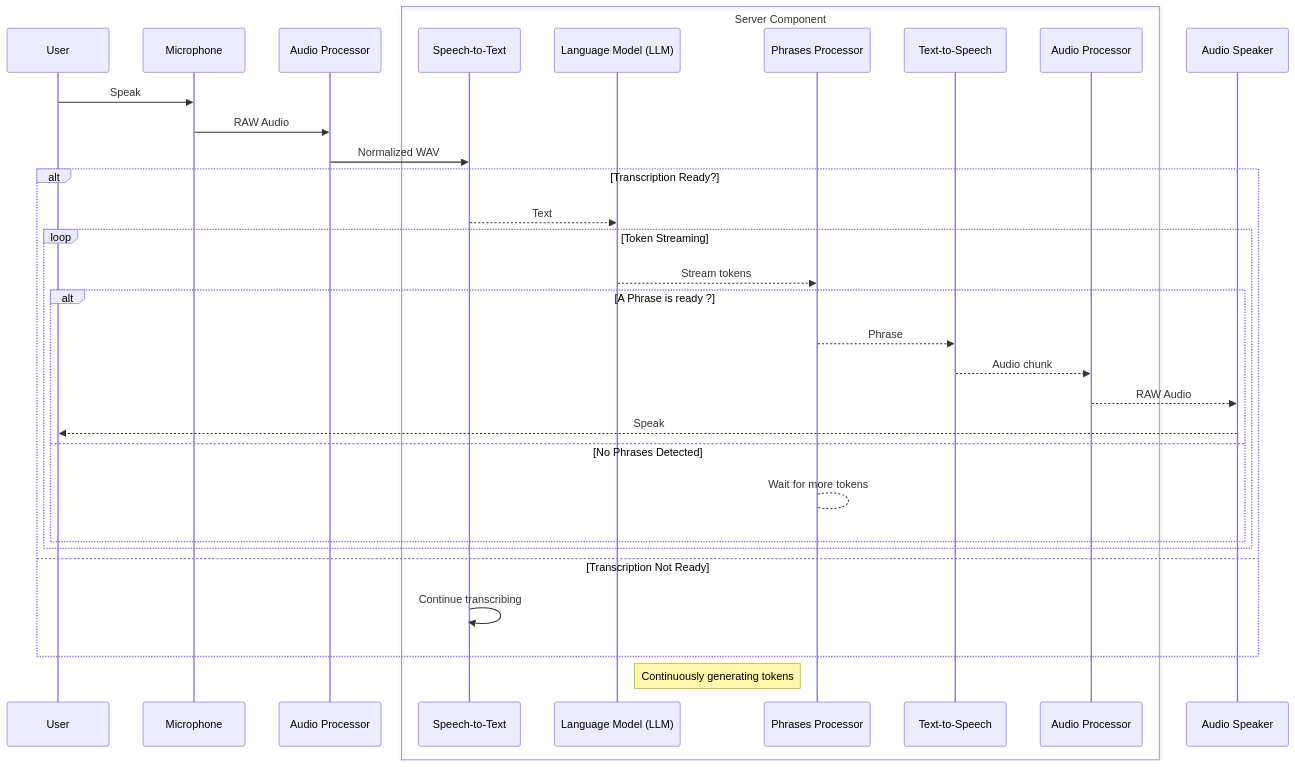
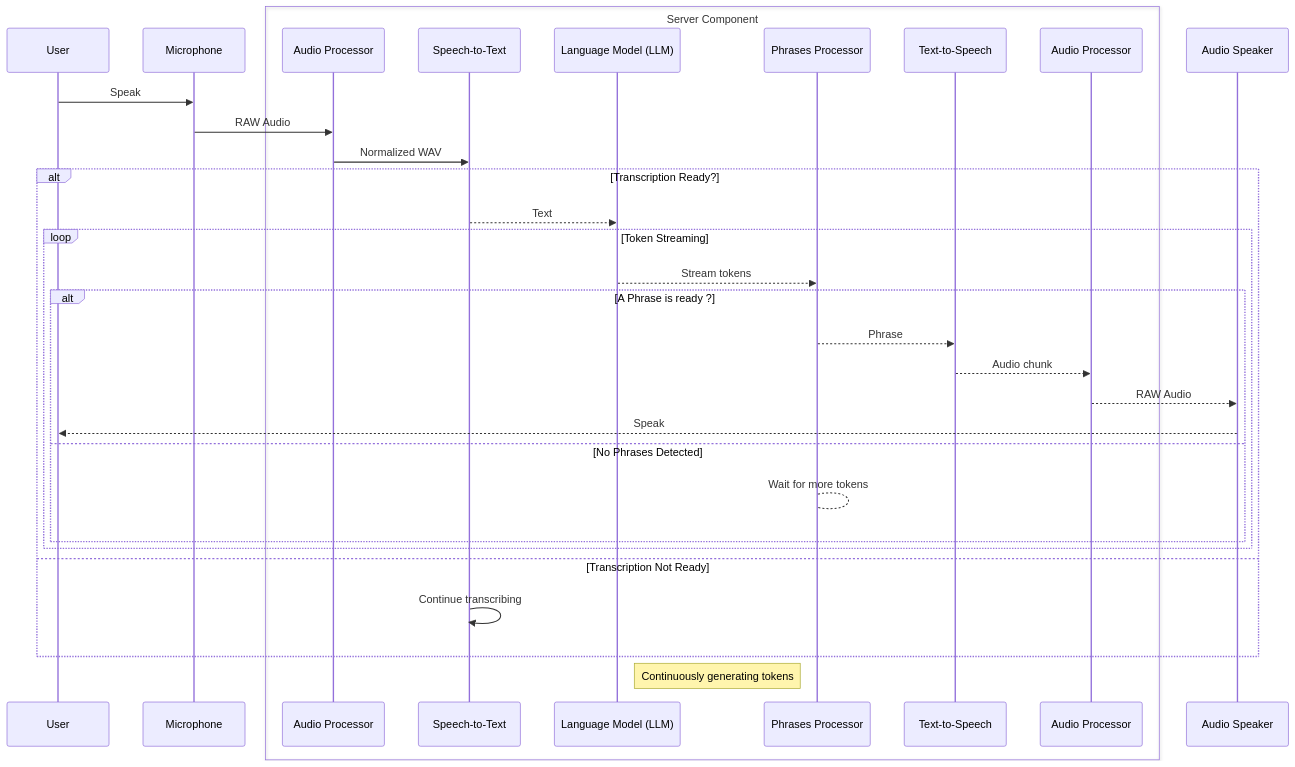
Before and after one commit to jmasclef/my-english-coach: the second of 2 diagrams in README.md, drawn with Mermaid.

Commit message:
README sequence diagram

````diff
--- a/README.md
+++ b/README.md
@@ -51,36 +51,36 @@
 ```mermaid
 sequenceDiagram
     participant User
     participant Mic as Microphone
-    participant AIP as Audio Processor
     box Transparent Server Component
+       participant AIP as Audio Processor
        participant STT as Speech-to-Text
        participant LLM as Language Model (LLM)
        participant PP as Phrases Processor
        participant TTS as Text-to-Speech
        participant AOP as Audio Processor
     end
     participant AO as Audio Speaker
 
     User ->> Mic: Speak
     Mic ->> AIP: RAW Audio
     AIP ->> STT: Normalized WAV
     alt Transcription Ready?
         STT -->> LLM: Text
         loop Token Streaming
             LLM -->> PP: Stream tokens
             alt A Phrase is ready ?
                 PP -->> TTS: Phrase
                 TTS -->> AOP: Audio chunk
                 AOP -->> AO: RAW Audio
                 AO -->> User: Speak
             else No Phrases Detected
                 PP --> PP: Wait for more tokens
             end
         end
     else Transcription Not Ready
         STT ->> STT: Continue transcribing
     end
 
     note right of LLM: Continuously generating tokens
 ```
````
